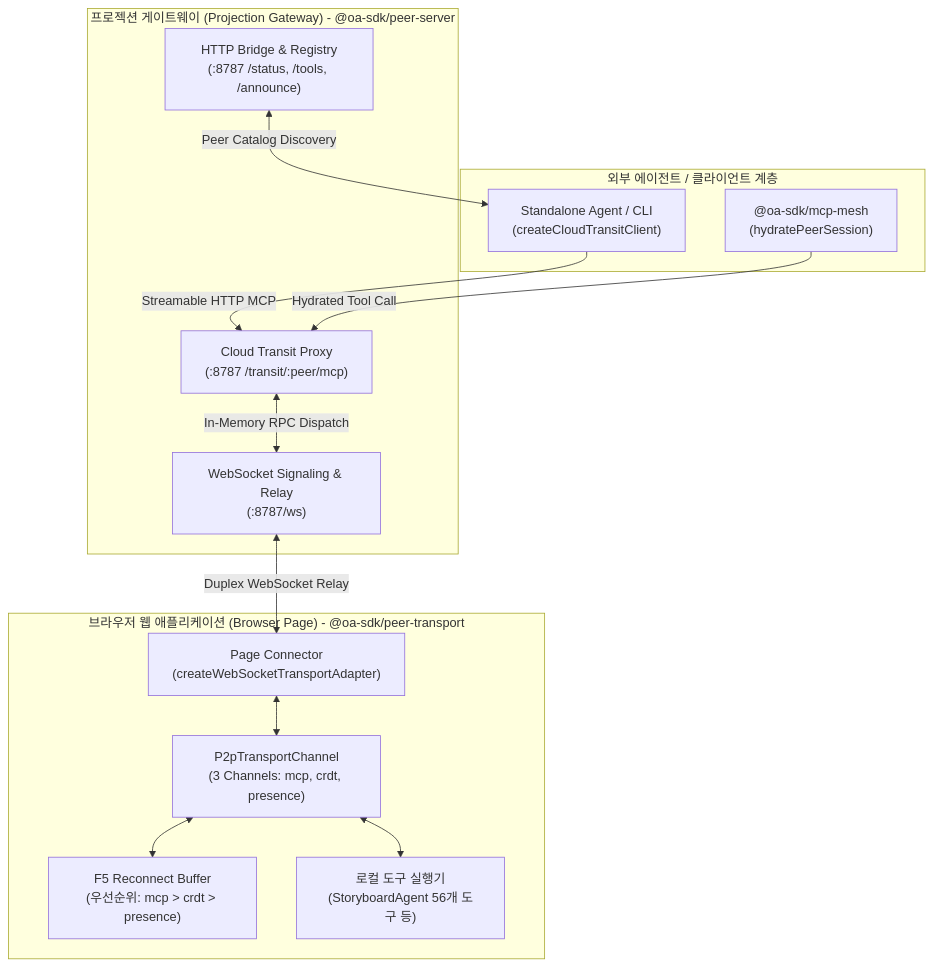
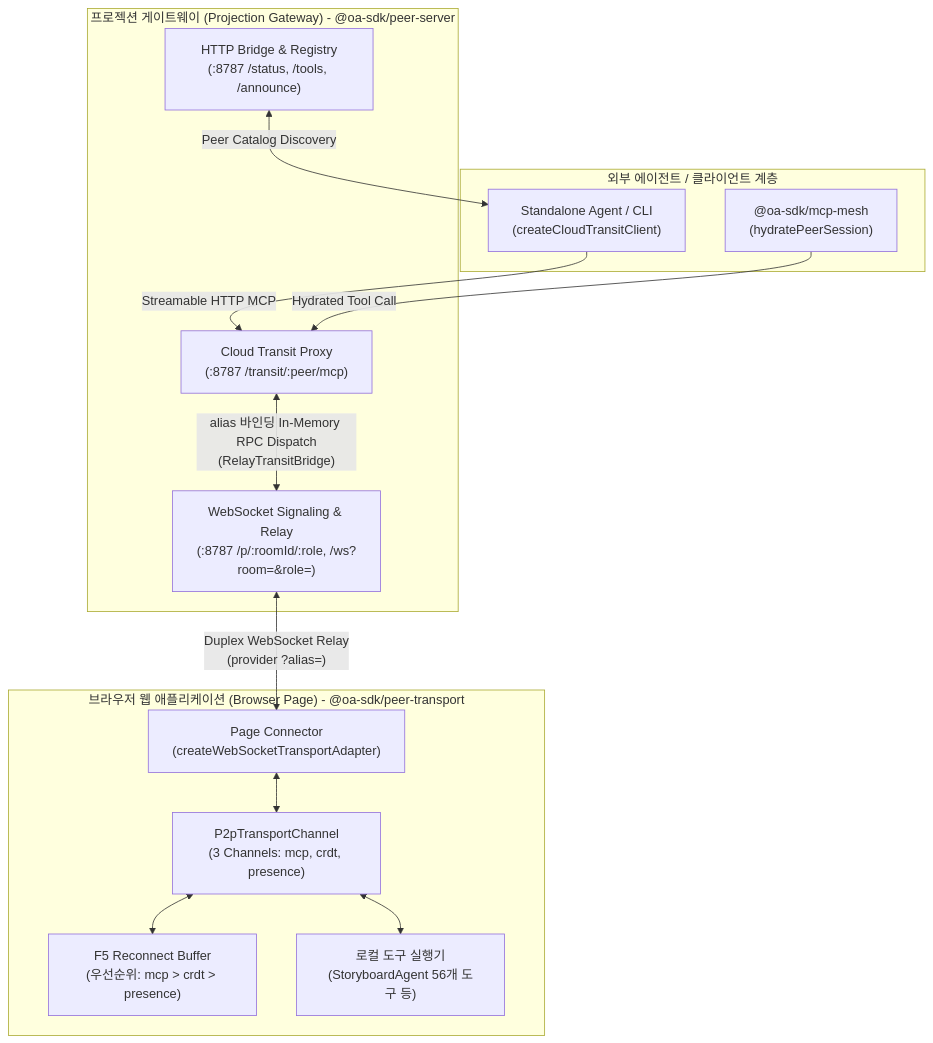
Before and after one commit to mineclover/oa-sdk: the diagram in docs/guides/webmcp-projection-and-relay-guide.md, drawn with Mermaid. The commit also changed other lines of this file and 30 other files, not shown here.

````diff
--- a/docs/guides/webmcp-projection-and-relay-guide.md
+++ b/docs/guides/webmcp-projection-and-relay-guide.md
@@ -20,29 +20,29 @@
 ```mermaid
 flowchart TD
   subgraph AgentLayer ["외부 에이전트 / 클라이언트 계층"]
     Agent["Standalone Agent / CLI<br/>(createCloudTransitClient)"]
     Mesh["@oa-sdk/mcp-mesh<br/>(hydratePeerSession)"]
   end
 
   subgraph GatewayLayer ["프로젝션 게이트웨이 (Projection Gateway) - @oa-sdk/peer-server"]
     HTTP_Bridge["HTTP Bridge & Registry<br/>(:8787 /status, /tools, /announce)"]
     Cloud_Transit["Cloud Transit Proxy<br/>(:8787 /transit/:peer/mcp)"]
-    WS_Relay["WebSocket Signaling & Relay<br/>(:8787/ws)"]
+    WS_Relay["WebSocket Signaling & Relay<br/>(:8787 /p/:roomId/:role, /ws?room=&role=)"]
   end
 
   subgraph BrowserLayer ["브라우저 웹 애플리케이션 (Browser Page) - @oa-sdk/peer-transport"]
     Connector["Page Connector<br/>(createWebSocketTransportAdapter)"]
     P2P_Chan["P2pTransportChannel<br/>(3 Channels: mcp, crdt, presence)"]
     Priority_Queue["F5 Reconnect Buffer<br/>(우선순위: mcp > crdt > presence)"]
     Local_Agent["로컬 도구 실행기<br/>(StoryboardAgent 56개 도구 등)"]
   end
 
   Agent -->|Streamable HTTP MCP| Cloud_Transit
   Mesh -->|Hydrated Tool Call| Cloud_Transit
-  Cloud_Transit <-->|In-Memory RPC Dispatch| WS_Relay
+  Cloud_Transit <-->|"alias 바인딩 In-Memory RPC Dispatch<br/>(RelayTransitBridge)"| WS_Relay
   HTTP_Bridge <-->|Peer Catalog Discovery| Agent
-  WS_Relay <-->|Duplex WebSocket Relay| Connector
+  WS_Relay <-->|"Duplex WebSocket Relay<br/>(provider ?alias=)"| Connector
   Connector <--> P2P_Chan
   P2P_Chan <--> Priority_Queue
   P2P_Chan <--> Local_Agent
 ```
````
